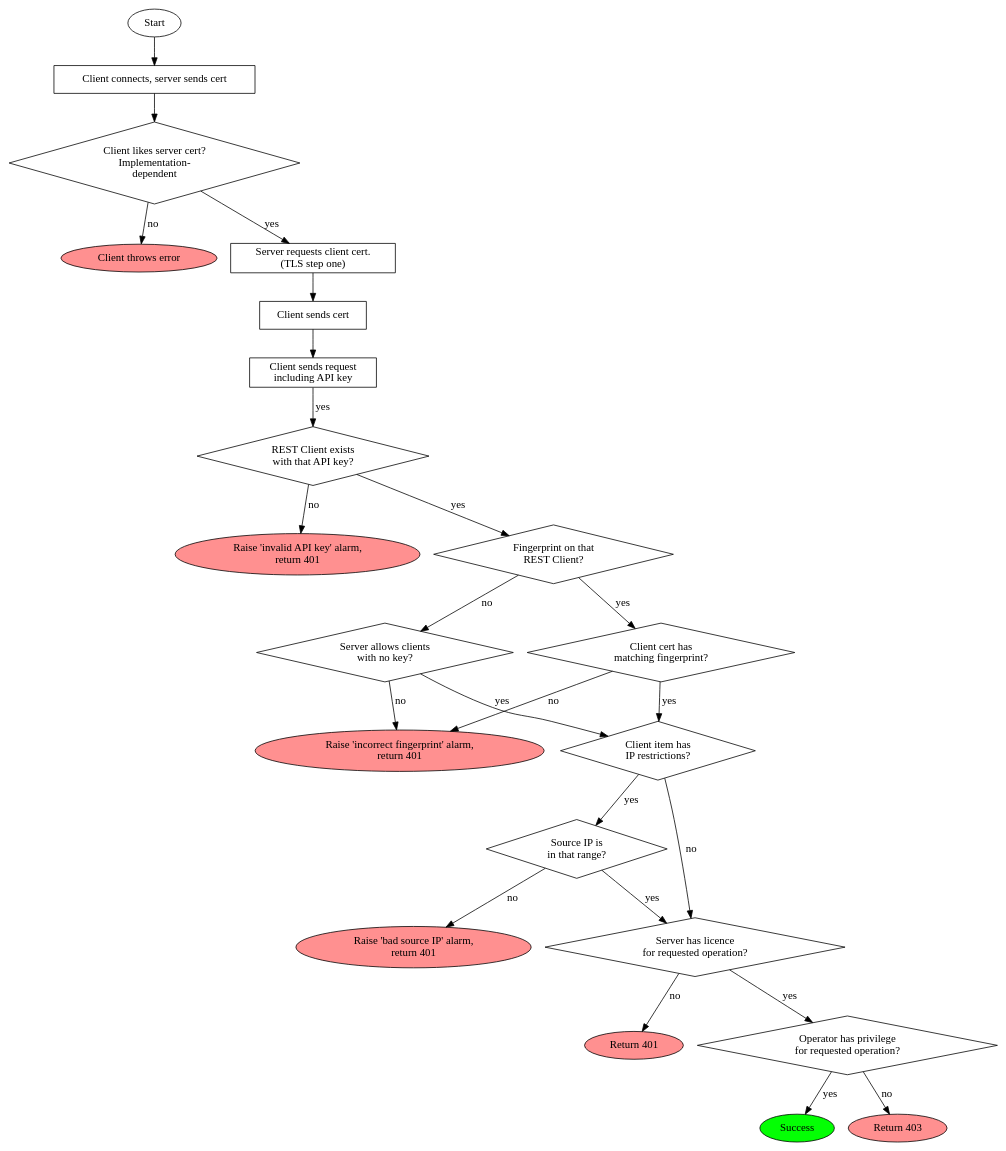
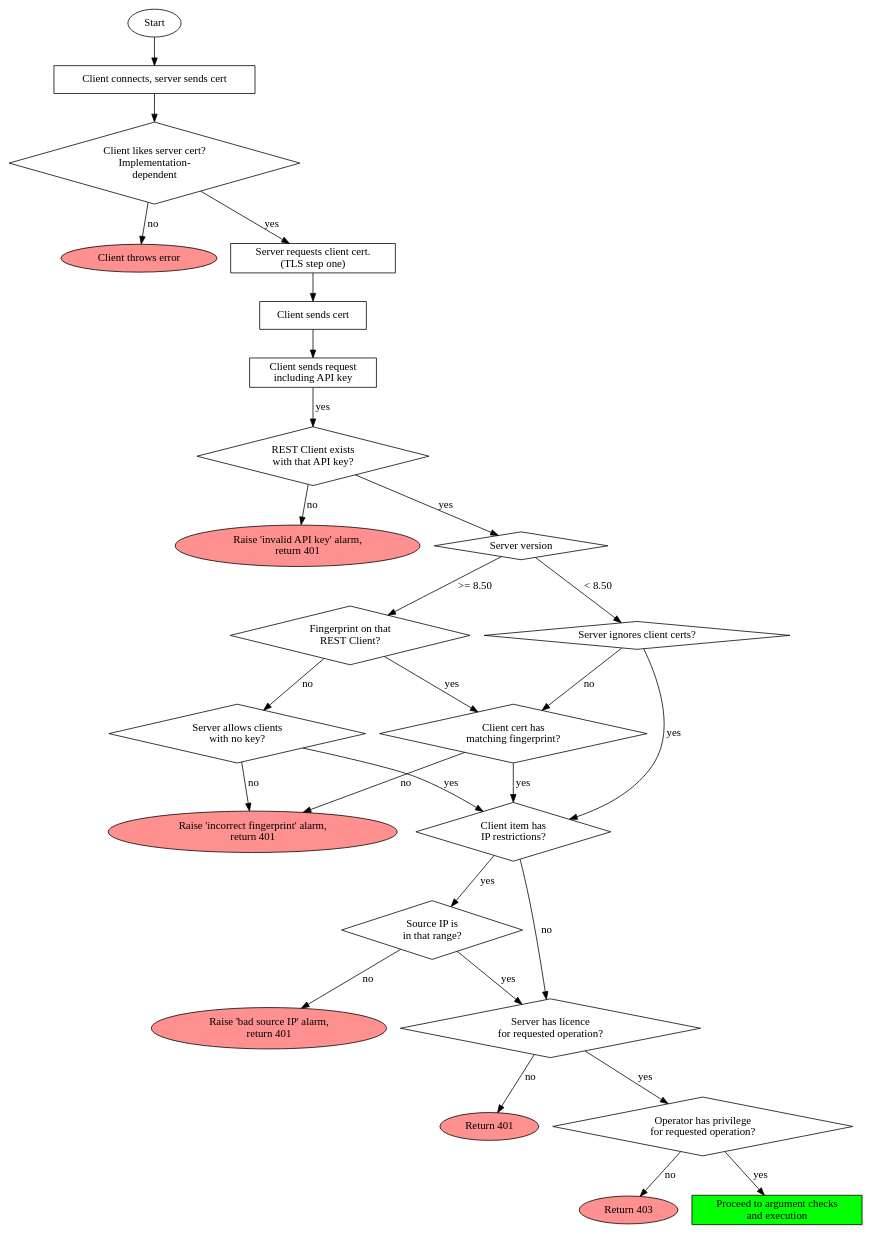
One commit to GallagherSecurity/cc-rest-docs changed the diagram in training/auth_flow.dot. Above: the diagram before and after it, drawn with Graphviz. The commit also changed 2 other files, not shown here.

Commit message:
Auth flowchart into the doc

```diff
--- a/training/auth_flow.dot
+++ b/training/auth_flow.dot
@@ -1,59 +1,73 @@
+# Turn this into auth_flow.dot.pdf using Graphviz:
+# dot auth_flow.dot -Tpdf -O
 digraph
 {
         start[label=Start]
-        end[label="Success" style=filled fillcolor="#04ff04"]
 
         node [shape=ellipse, style=filled, fillcolor="#ff9090"]
         o_noapikey[label="Raise 'invalid API key' alarm,\nreturn 401"]
         o_badprint[label="Raise 'incorrect fingerprint' alarm,\nreturn 401"]
         o_badip[label="Raise 'bad source IP' alarm,\nreturn 401"]
         o_nolicence[label="Return 401"]
         clientquit[label="Client throws error"]
         o_nopriv[label="Return 403"]
 
         node [shape=box, style=""]
         op1[label="Client connects, server sends cert"]
         o_reqclientcert[label="Server requests client cert.\n(TLS step one)"]
         o_clientsendscert[label="Client sends cert"]
         o_clientreq[label="Client sends request\nincluding API key"]
+        o_argcheck[label="Proceed to argument checks\nand execution" style=filled fillcolor="#04ff04"]
 
         node [shape=diamond]
         cond[label="Client likes server cert?\nImplementation-\ndependent"]
         c_apikeycheck[label="REST Client exists\nwith that API key?"]
+        c_versioncheck [label="Server version" ]
         c_clientcertcheck1[label="Fingerprint on that\nREST Client?"]
         c_clientcertcheck2[label="Server allows clients\nwith no key?"]
+
+        c_clientcertcheck840[label="Server ignores client certs?"]
+
         c_correctcert[label="Client cert has\nmatching fingerprint?" shape=diamond]
         c_sourceip1[label="Client item has\nIP restrictions?"]
         c_sourceip2[label="Source IP is\nin that range?"]
         c_licence[label="Server has licence\nfor requested operation?"]
         c_privcheck[label="Operator has privilege\nfor requested operation?"]
 
         start->op1
         op1->cond
         cond->clientquit [label = "no"]
         cond->o_reqclientcert [label = "yes"]
         o_reqclientcert -> o_clientsendscert
         o_clientsendscert -> o_clientreq
         o_clientreq->c_apikeycheck [label = "yes"]
 
         c_apikeycheck->o_noapikey [label = "no"]
-        c_apikeycheck->c_clientcertcheck1 [label = "yes"]
-        c_clientcertcheck1->c_clientcertcheck2 [label = "no"]
+        c_apikeycheck->c_versioncheck [label = "yes"]
+
+        c_versioncheck -> c_clientcertcheck1 [label = ">= 8.50"]
+        c_versioncheck -> c_clientcertcheck840 [label = "< 8.50"]
+
+        c_clientcertcheck1->c_clientcertcheck2 [label= "no"]
+
+        c_clientcertcheck840->c_sourceip1 [label = "yes"]
+        c_clientcertcheck840->c_correctcert [label = "no"]
+
         c_clientcertcheck2->o_badprint [label = "no"]
         c_clientcertcheck2->c_sourceip1 [label = "yes"]
 
         c_clientcertcheck1->c_correctcert [label = "yes"]
         c_correctcert->o_badprint [label = "no"]
 
         c_correctcert->c_sourceip1 [label = "yes"]
         c_sourceip1->c_licence [label = "no"]
         c_sourceip1->c_sourceip2 [label = "yes"]
         
         c_sourceip2->c_licence [label = "yes"]
         c_sourceip2->o_badip [label = "no"]
 
         c_licence->o_nolicence [label="no"]
         c_licence->c_privcheck [label="yes"]
         c_privcheck->o_nopriv [label="no"]
-        c_privcheck->end [label="yes"]
+        c_privcheck->o_argcheck [label="yes"]
 }
```
